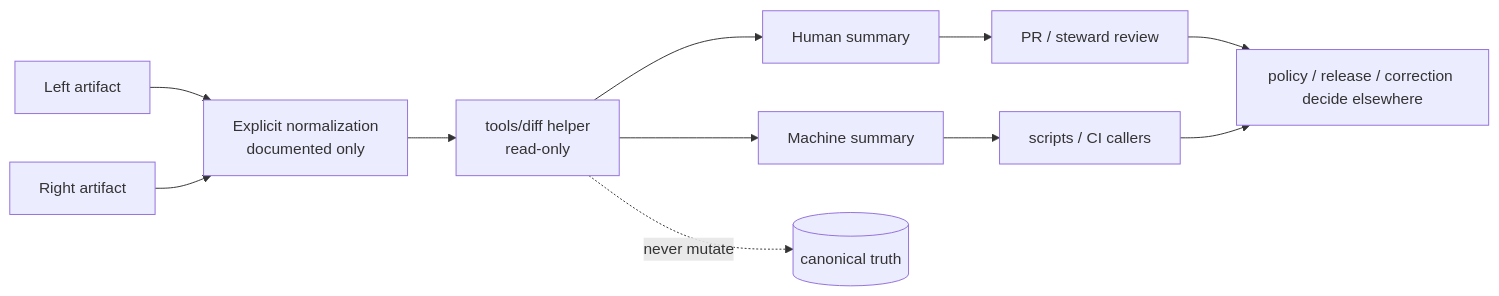
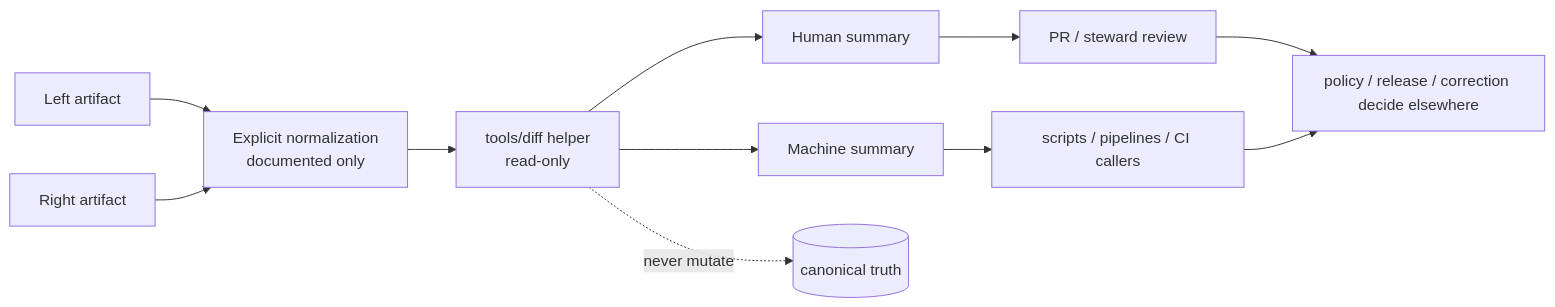
The diagram in tools/diff/README.md (bartytime4life/Kansas-Frontier-Matrix), drawn with Mermaid before and after one commit. The commit also changed other lines of this file, not shown here.

````diff
--- a/tools/diff/README.md
+++ b/tools/diff/README.md
@@ -340,13 +363,13 @@
 ```mermaid
 flowchart LR
     L[Left artifact] --> N[Explicit normalization<br/>documented only]
     R[Right artifact] --> N
     N --> D[tools/diff helper<br/>read-only]
     D --> H[Human summary]
     D --> M[Machine summary]
     H --> RV[PR / steward review]
-    M --> CI[scripts / CI callers]
+    M --> CI[scripts / pipelines / CI callers]
     RV --> DEC[policy / release / correction decide elsewhere]
     CI --> DEC
     D -. never mutate .-> CT[(canonical truth)]
 ```
````
